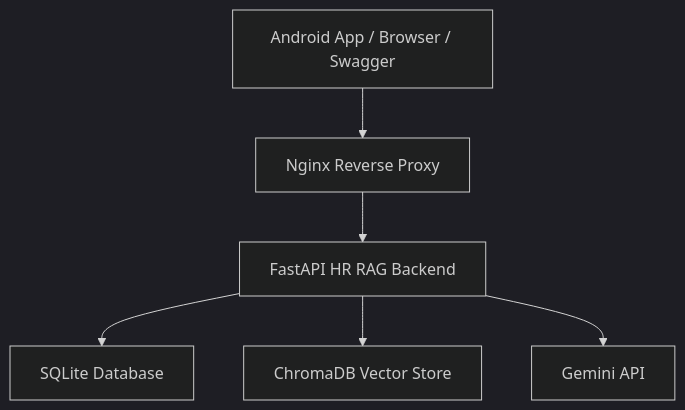
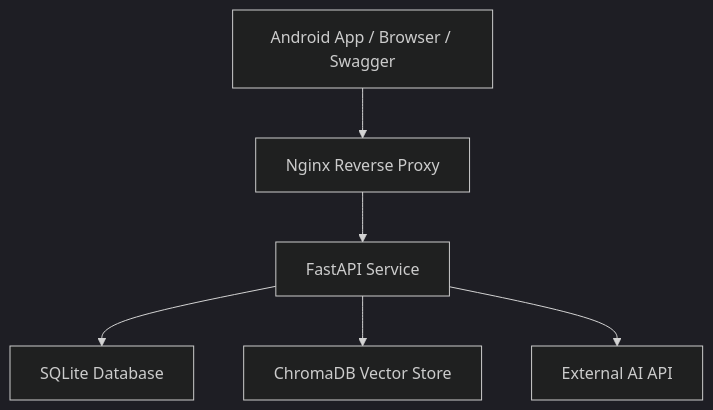
The diagram in README.md (kubbies03/hr-rag-infra), drawn with Mermaid (dark theme) before and after one commit. The commit also changed other lines of this file and 4 other files, not shown here.

````diff
--- a/README.md
+++ b/README.md
@@ -15,8 +39,8 @@
 ```mermaid
 flowchart TD
     A[Android App / Browser / Swagger] --> B[Nginx Reverse Proxy]
-    B --> C[FastAPI HR RAG Backend]
+    B --> C[FastAPI Service]
     C --> D[SQLite Database]
     C --> E[ChromaDB Vector Store]
-    C --> F[Gemini API]
+    C --> F[External AI API]
 ```
````
